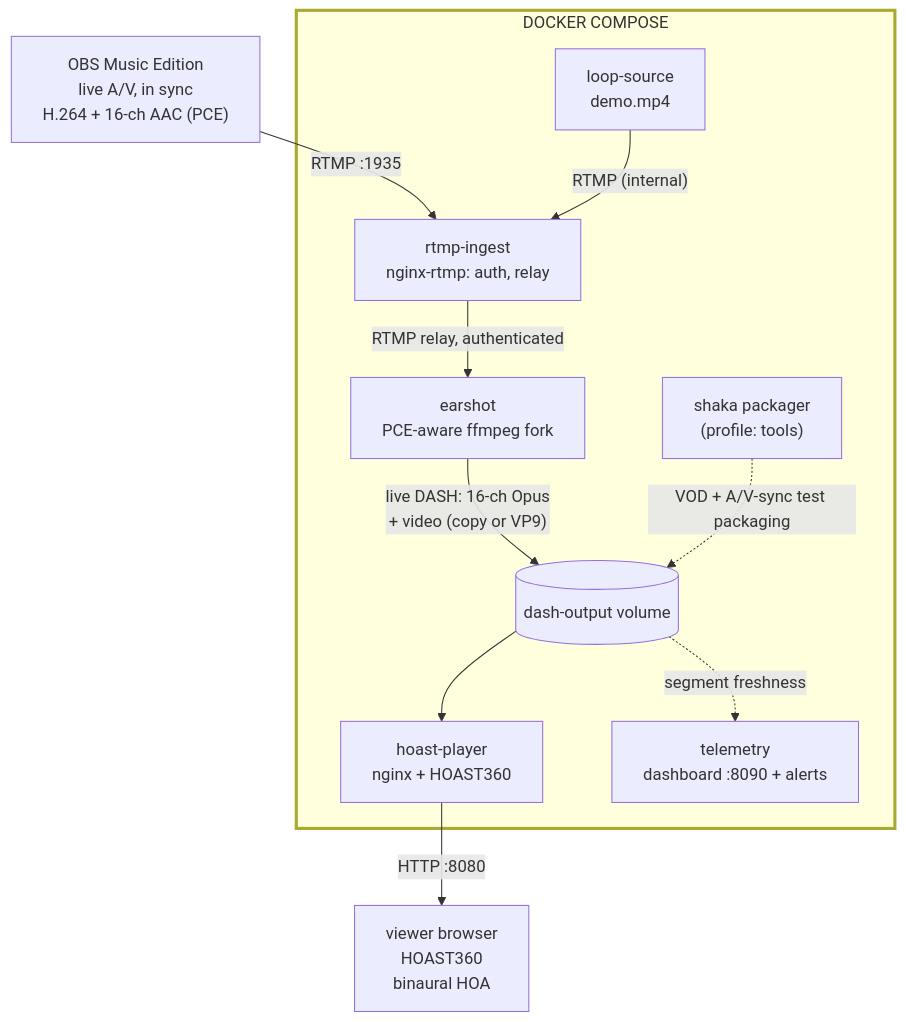
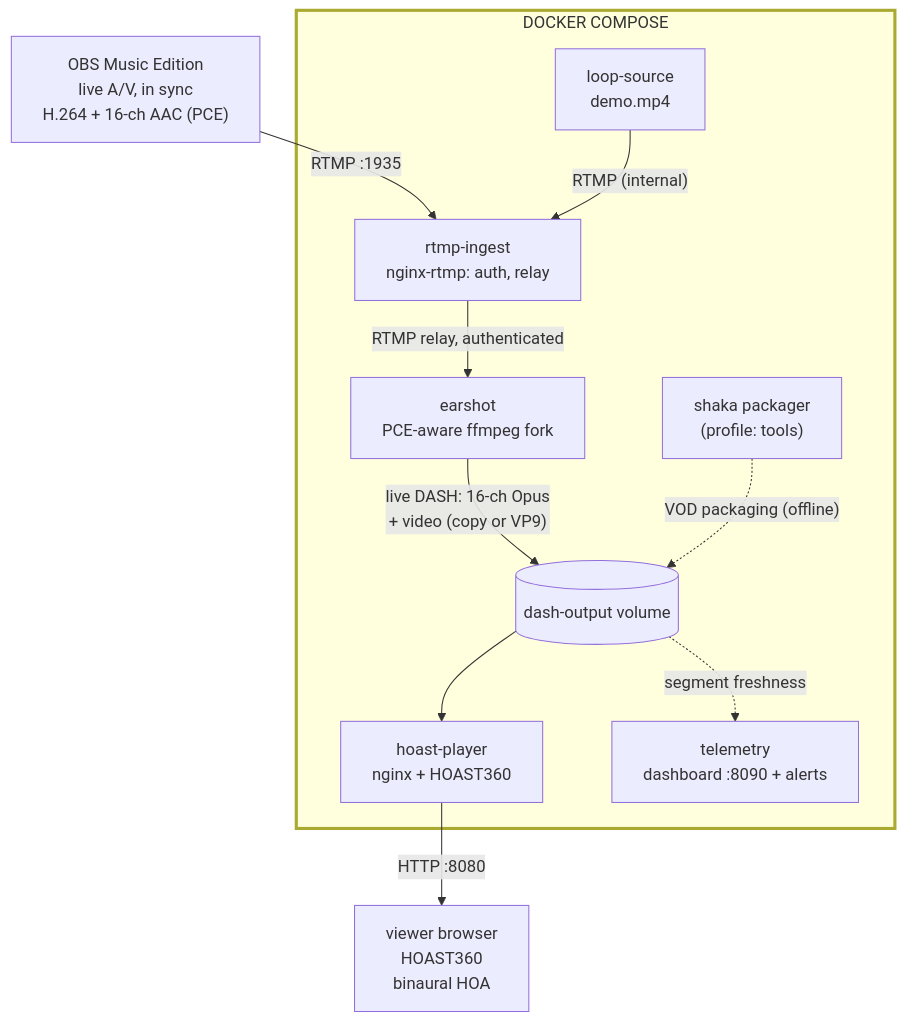
The diagram in docs/architecture/architecture.mmd (mormegil6/ambisonic-box), drawn with Mermaid before and after one commit. The commit also changed 4 other files, not shown here.

First line of the commit message:
Architecture diagram describes the system, not its debugging history

```diff
--- a/docs/architecture/architecture.mmd
+++ b/docs/architecture/architecture.mmd
@@ -1,29 +1,29 @@
 %% Architecture / data-flow diagram for the HOA 360 stream stack.
 %% This is the SOURCE only: dagre's raw layout is rearranged by postprocess.py,
 %% so do not embed a plain `mmdc` render of this. Run ./build.sh to regenerate
 %% architecture.svg / architecture.png. The subgraph deliberately has no
 %% `direction` (a nested one would give the SVG two coordinate systems).
 flowchart TD
     OBS["OBS Music Edition<br/>live A/V, in sync<br/>H.264 + 16-ch AAC (PCE)"]
 
     subgraph COMPOSE["DOCKER COMPOSE"]
         INGEST["rtmp-ingest<br/>nginx-rtmp: auth, relay"]
         LOOP["loop-source<br/>demo.mp4"]
         EARSHOT["earshot<br/>PCE-aware ffmpeg fork"]
         VOL[("dash-output volume")]
         SHAKA["shaka packager<br/>(profile: tools)"]
         PLAYER["hoast-player<br/>nginx + HOAST360"]
         TELEM["telemetry<br/>dashboard :8090 + alerts"]
     end
 
     VIEWER["viewer browser<br/>HOAST360<br/>binaural HOA"]
 
     OBS -- "RTMP :1935" --> INGEST
     LOOP -- "RTMP (internal)" --> INGEST
     INGEST -- "RTMP relay, authenticated" --> EARSHOT
     EARSHOT -- "live DASH: 16-ch Opus<br/>+ video (copy or VP9)" --> VOL
-    SHAKA -. "VOD + A/V-sync test packaging" .-> VOL
+    SHAKA -. "VOD packaging (offline)" .-> VOL
     VOL --> PLAYER
     PLAYER -- "HTTP :8080" --> VIEWER
     VOL -. "segment freshness" .-> TELEM
     style COMPOSE stroke-width:3px
```
